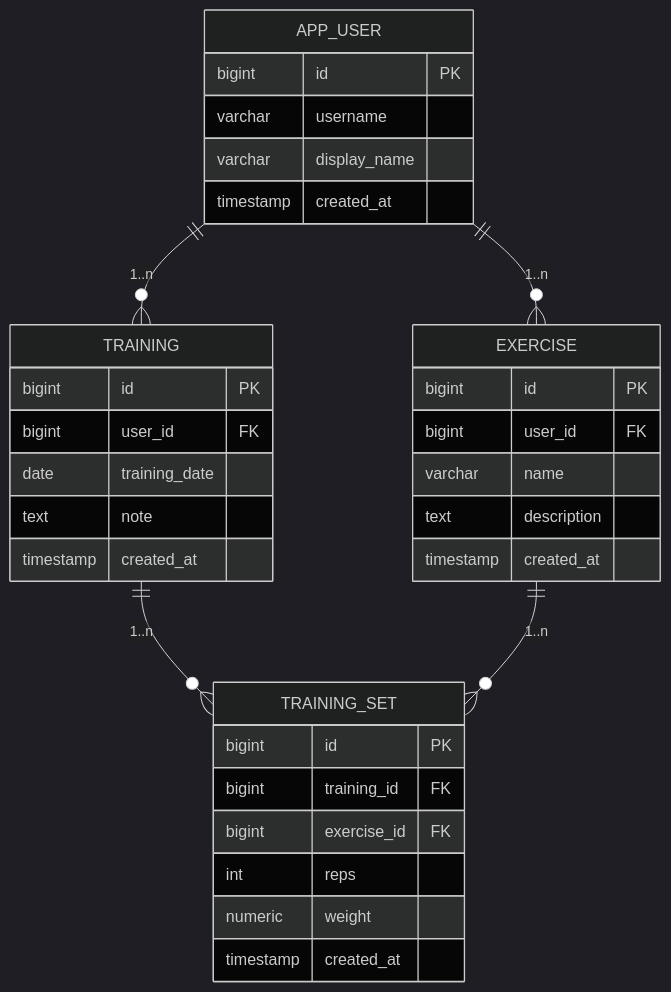
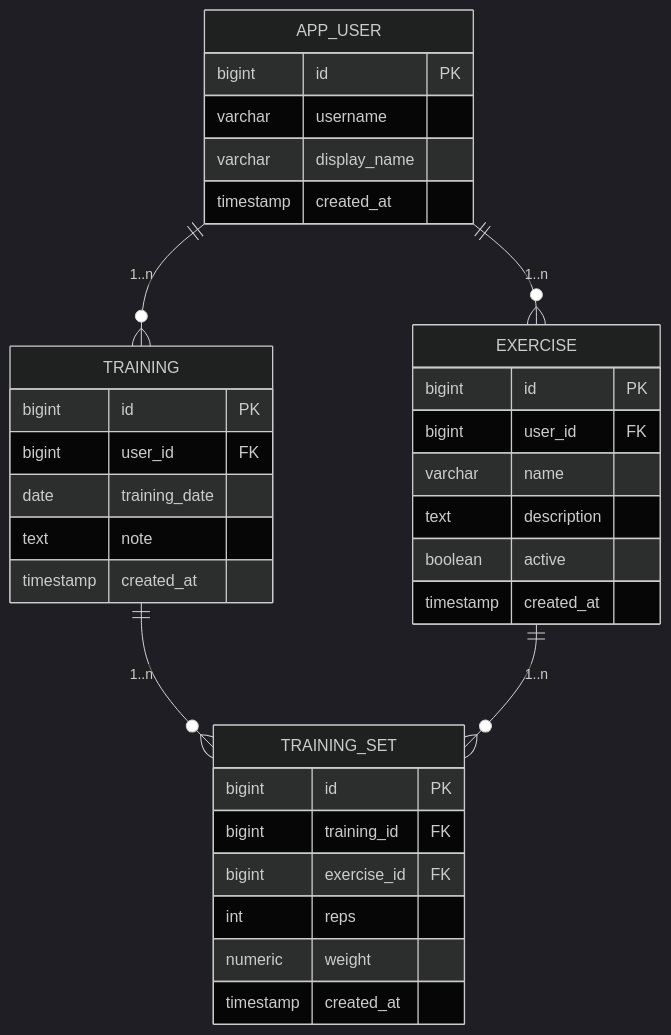
The first of 2 diagrams in README.md (slawomirdev/gymtracker), drawn with Mermaid (dark theme) before and after one commit. The commit also changed other lines of this file and 22 other files, not shown here.

````diff
--- a/README.md
+++ b/README.md
@@ -93,35 +93,36 @@
 ```mermaid
 erDiagram
     APP_USER {
         bigint id PK
         varchar username
         varchar display_name
         timestamp created_at
     }
     EXERCISE {
         bigint id PK
         bigint user_id FK
         varchar name
         text description
+        boolean active
         timestamp created_at
     }
     TRAINING {
         bigint id PK
         bigint user_id FK
         date training_date
         text note
         timestamp created_at
     }
     TRAINING_SET {
         bigint id PK
         bigint training_id FK
         bigint exercise_id FK
         int reps
         numeric weight
         timestamp created_at
     }
     APP_USER ||--o{ EXERCISE : "1..n"
     APP_USER ||--o{ TRAINING : "1..n"
     TRAINING ||--o{ TRAINING_SET : "1..n"
     EXERCISE ||--o{ TRAINING_SET : "1..n"
 ```
````
